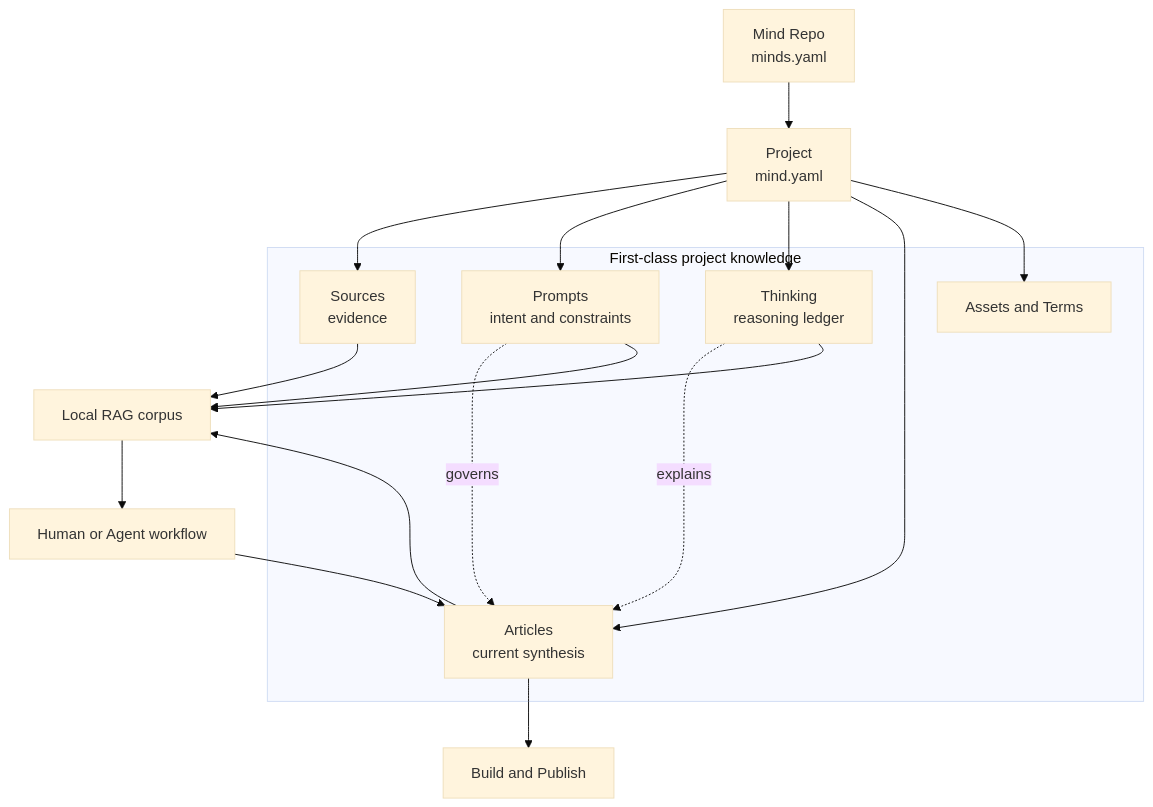
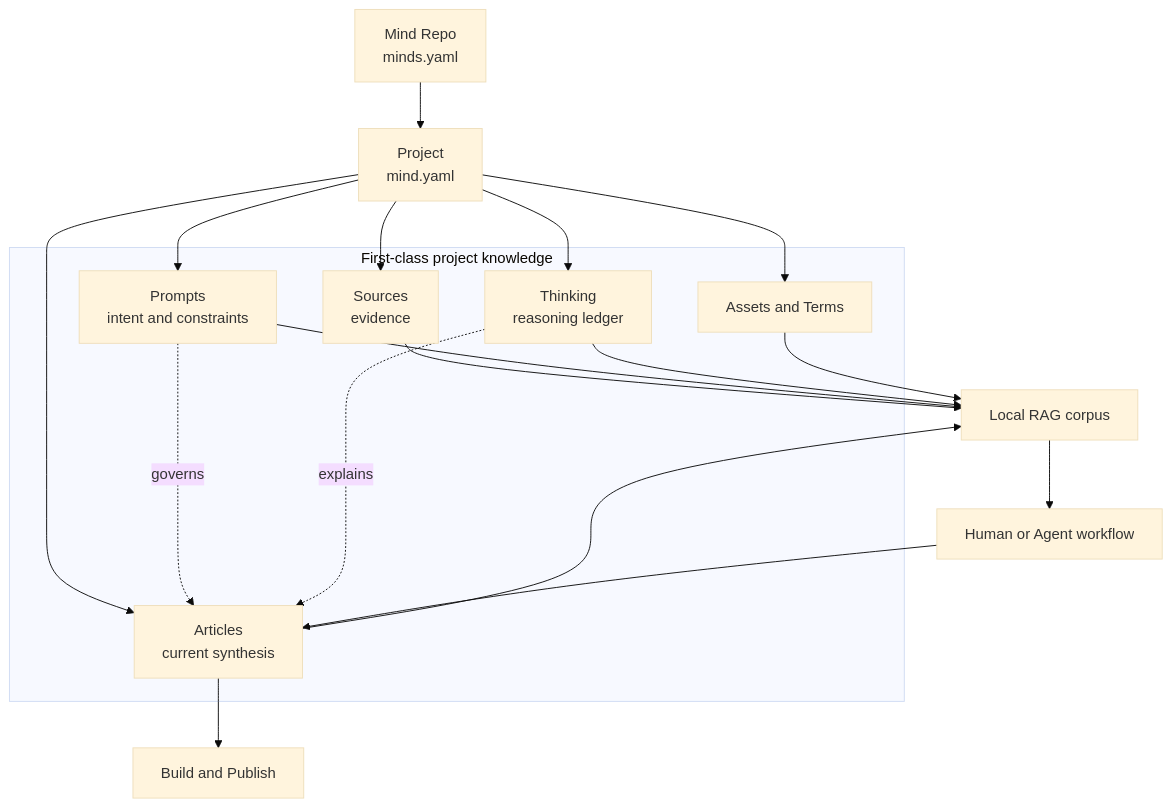
One commit to alswl/mind-forge changed the second of 2 diagrams in README.md. Above: the diagram before and after it, drawn with Mermaid (base theme). The commit also changed other lines of this file and 28 other files, not shown here.

````diff
--- a/README.md
+++ b/README.md
@@ -127,29 +127,30 @@
 ```mermaid
 flowchart TD
   Repo[Mind Repo<br/>minds.yaml]
   Repo --> Project[Project<br/>mind.yaml]
 
   subgraph Knowledge[First-class project knowledge]
     Sources[Sources<br/>evidence]
     Prompts[Prompts<br/>intent and constraints]
     Thinking[Thinking<br/>reasoning ledger]
     Articles[Articles<br/>current synthesis]
     Support[Assets and Terms]
   end
 
   Project --> Sources
   Project --> Prompts
   Project --> Thinking
   Project --> Articles
   Project --> Support
 
   Prompts -. governs .-> Articles
   Thinking -. explains .-> Articles
   Sources --> RAG[Local RAG corpus]
   Prompts --> RAG
   Thinking --> RAG
   Articles --> RAG
+  Support --> RAG
   RAG --> Work[Human or Agent workflow]
   Work --> Articles
   Articles --> Build[Build and Publish]
 ```
````
